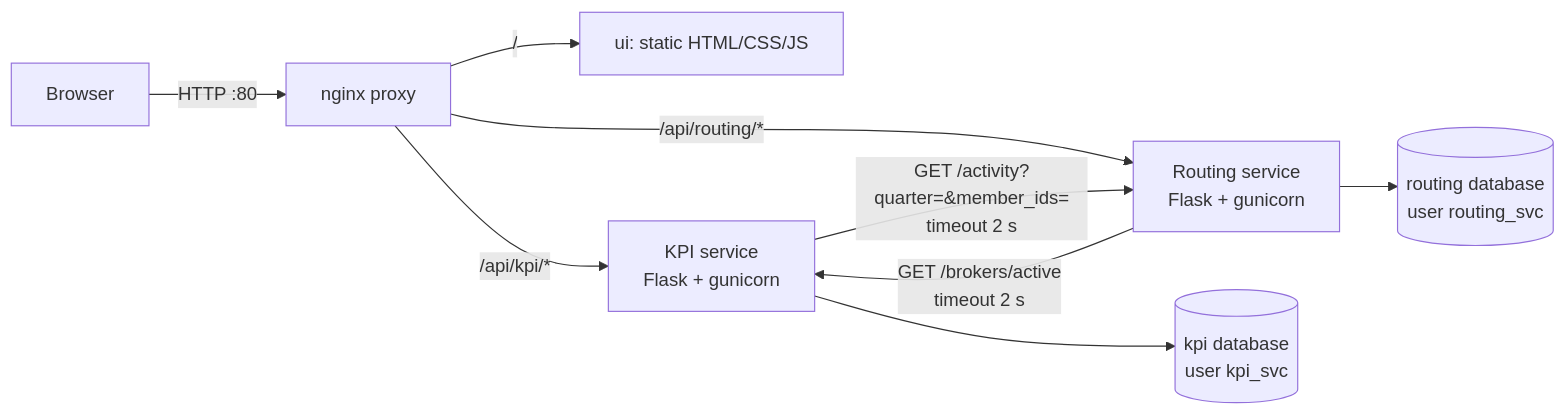
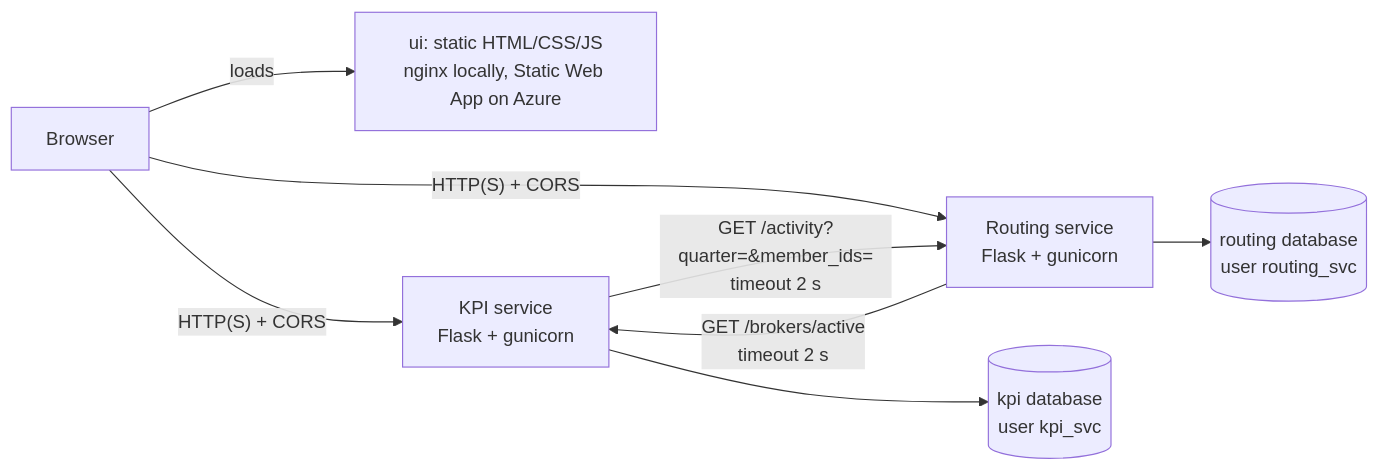
Before and after one commit to Jadelaawar42027/devops-teamManagement: the second of 6 diagrams in docs/report.md, drawn with Mermaid. The commit also changed other lines of this file and 34 other files, not shown here.

````diff
--- a/docs/report.md
+++ b/docs/report.md
@@ -33,11 +33,10 @@
 ```mermaid
 flowchart LR
-  U[Browser] -->|HTTP :80| P[nginx proxy]
-  P -->|"/"| UI[ui: static HTML/CSS/JS]
-  P -->|"/api/kpi/*"| K[KPI service<br/>Flask + gunicorn]
-  P -->|"/api/routing/*"| R[Routing service<br/>Flask + gunicorn]
+  U[Browser] -->|loads| UI[ui: static HTML/CSS/JS<br/>nginx locally, Static Web App on Azure]
+  U -->|"HTTP(S) + CORS"| K[KPI service<br/>Flask + gunicorn]
+  U -->|"HTTP(S) + CORS"| R[Routing service<br/>Flask + gunicorn]
   K -- "GET /activity?quarter=&member_ids=<br/>timeout 2 s" --> R
   R -- "GET /brokers/active<br/>timeout 2 s" --> K
   K --> KD[(kpi database<br/>user kpi_svc)]
   R --> RD[(routing database<br/>user routing_svc)]
 ```
````
